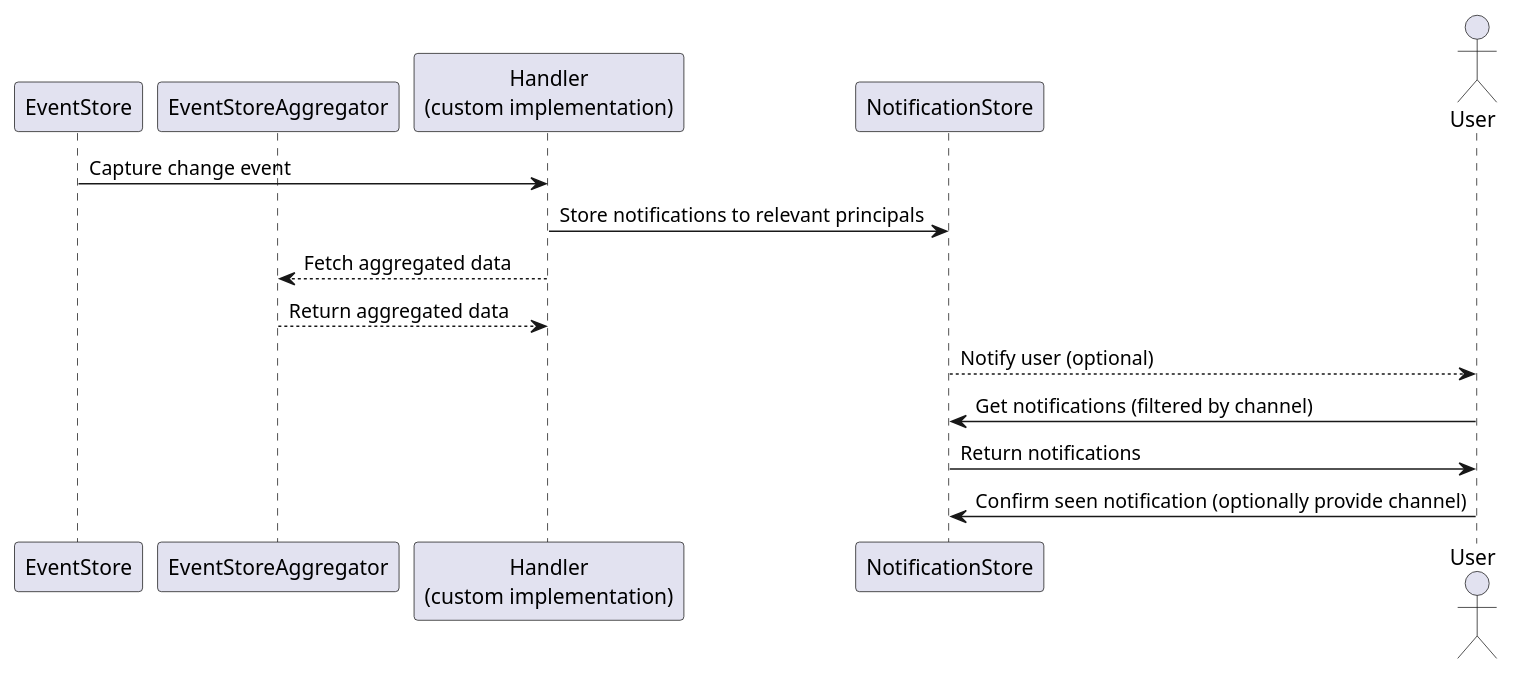
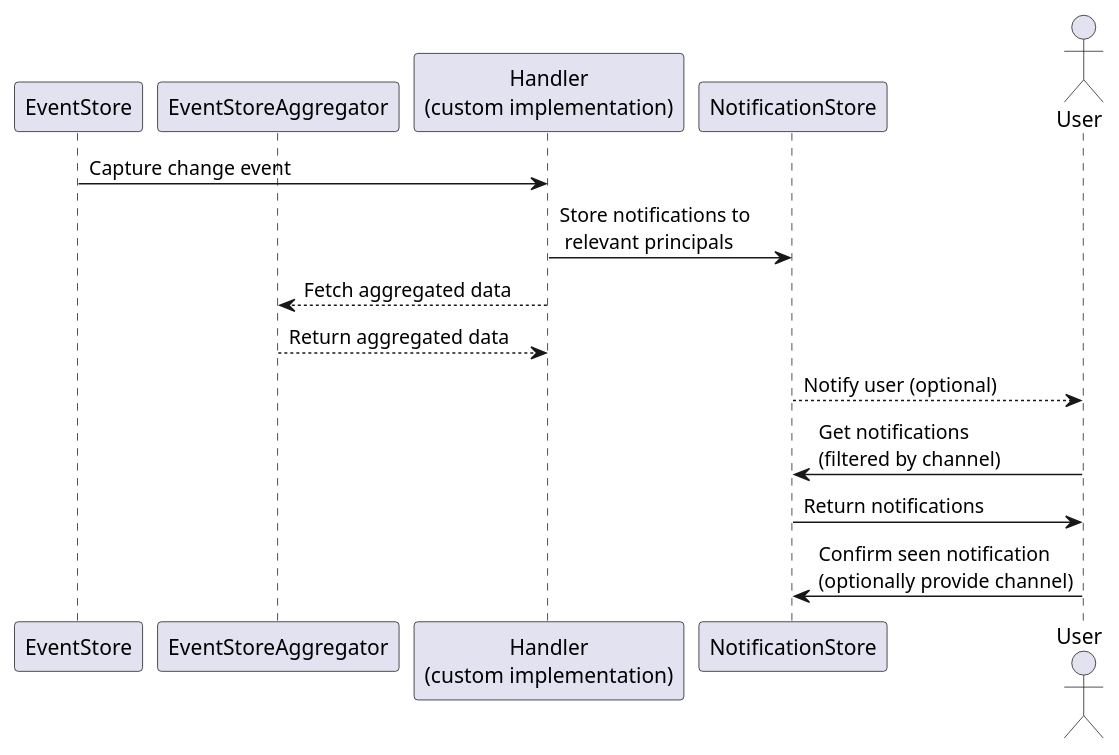
The diagram in resources/diagram.puml (graphql-services/event-store-notifications), drawn with PlantUML before and after one commit.

Commit message:
Update diagram newlines

```diff
--- a/resources/diagram.puml
+++ b/resources/diagram.puml
@@ -1,18 +1,18 @@
 @startuml diagram
 participant EventStore
 participant EventStoreAggregator
 participant "Handler\n(custom implementation)" as Handler
 participant NotificationStore
 actor User
 
 EventStore -> Handler : Capture change event
-Handler -> NotificationStore : Store notifications to relevant principals
+Handler -> NotificationStore : Store notifications to\n relevant principals
 Handler --> EventStoreAggregator : Fetch aggregated data
 EventStoreAggregator --> Handler : Return aggregated data
 NotificationStore --> User : Notify user (optional)
-User -> NotificationStore : Get notifications (filtered by channel)
+User -> NotificationStore : Get notifications\n(filtered by channel)
 NotificationStore -> User : Return notifications
-User -> NotificationStore : Confirm seen notification (optionally provide channel)
+User -> NotificationStore : Confirm seen notification\n(optionally provide channel)
 
 
 @enduml
```
